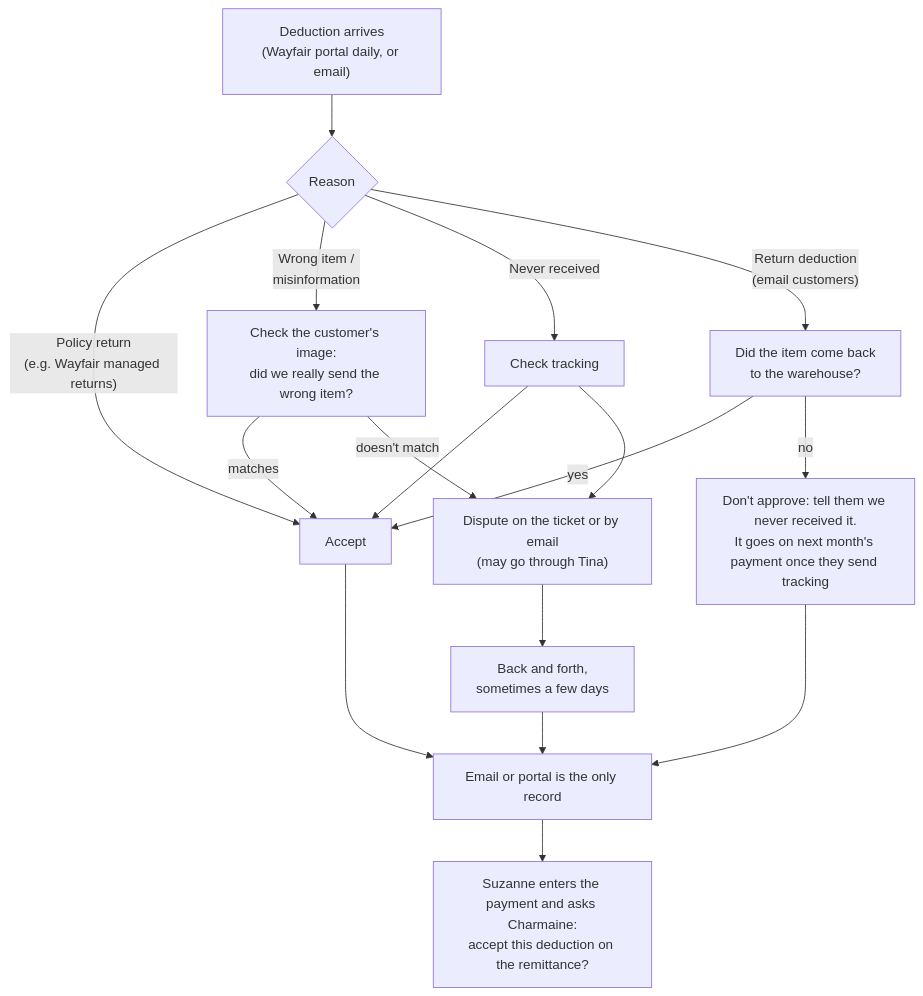
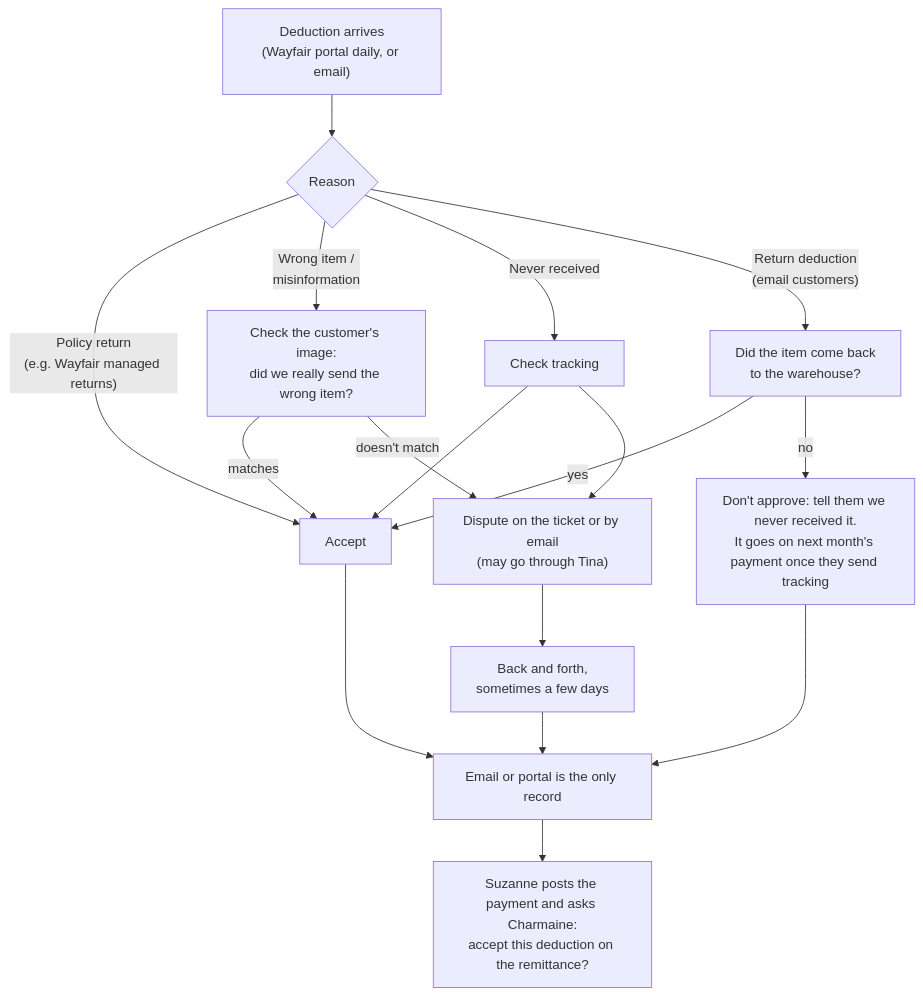
The first of 3 diagrams in processes/deductions-and-disputes.md (mennyg19-cmyk/ShadowingSessions), drawn with Mermaid before and after one commit. The commit also changed other lines of this file and 6 other files, not shown here.

````diff
--- a/processes/deductions-and-disputes.md
+++ b/processes/deductions-and-disputes.md
@@ -38,19 +51,19 @@
 ```mermaid
 flowchart TD
     A["Deduction arrives<br/>(Wayfair portal daily, or email)"] --> B{"Reason"}
     B -->|"Policy return<br/>(e.g. Wayfair managed returns)"| C["Accept"]
     B -->|"Wrong item /<br/>misinformation"| D["Check the customer's image:<br/>did we really send the wrong item?"]
     B -->|"Never received"| E["Check tracking"]
     B -->|"Return deduction<br/>(email customers)"| F["Did the item come back<br/>to the warehouse?"]
     D -->|"matches"| C
     D -->|"doesn't match"| G["Dispute on the ticket or by email<br/>(may go through Tina)"]
     E --> C
     E --> G
     F -->|"yes"| C
     F -->|"no"| H["Don't approve: tell them we never received it.<br/>It goes on next month's payment once they send tracking"]
     G --> I["Back and forth,<br/>sometimes a few days"]
     C --> J["Email or portal is the only record"]
     H --> J
     I --> J
-    J --> K["Suzanne enters the payment and asks Charmaine:<br/>accept this deduction on the remittance?"]
+    J --> K["Suzanne posts the payment and asks Charmaine:<br/>accept this deduction on the remittance?"]
 ```
````
